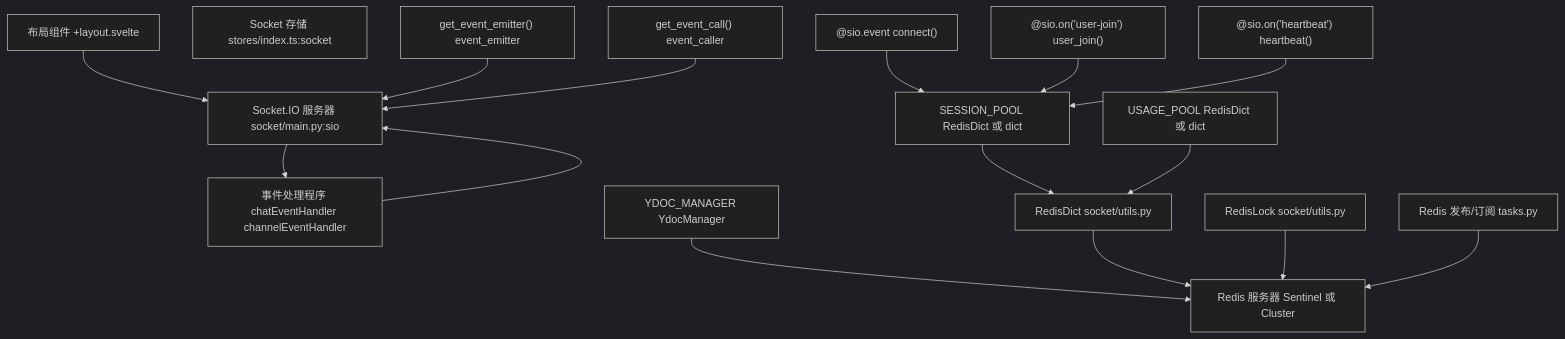
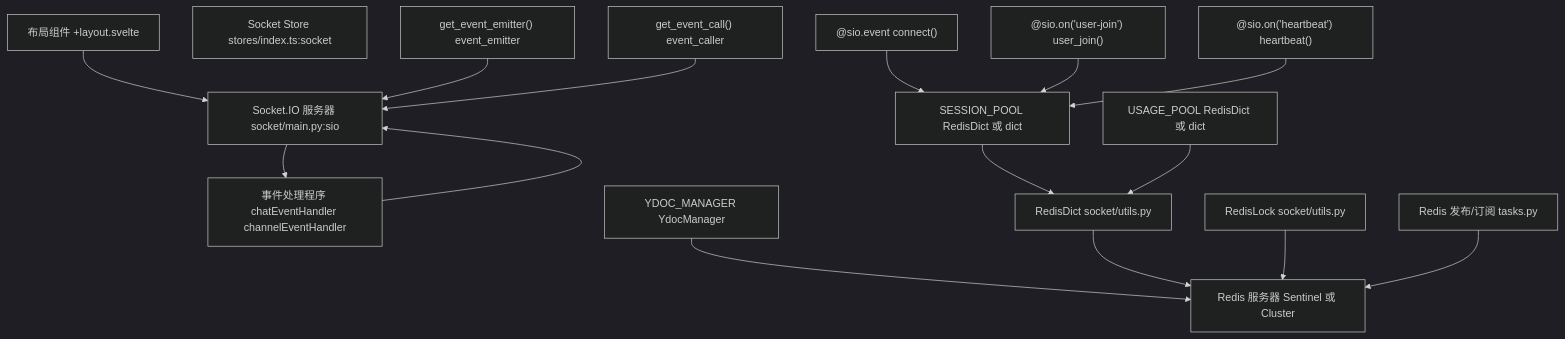
Before and after one commit to Chesszyh/Wiki: the first of 10 diagrams in tests/open-webui_deepwiki/zh/16-real-time-communication.md, drawn with Mermaid (dark theme). The commit also changed other lines of this file and 234 other files, not shown here.

````diff
--- a/tests/open-webui_deepwiki/zh/16-real-time-communication.md
+++ b/tests/open-webui_deepwiki/zh/16-real-time-communication.md
@@ -32,34 +32,34 @@
 ```mermaid
 flowchart TD
     LayoutComponent["布局组件 +layout.svelte"]
-    SocketStore["Socket 存储 stores/index.ts:socket"]
+    SocketStore["Socket Store stores/index.ts:socket"]
     EventHandlers["事件处理程序 chatEventHandler channelEventHandler"]
     SocketIOServer["Socket.IO 服务器 socket/main.py:sio"]
     ConnectHandler["@sio.event connect()"]
     UserJoinHandler["@sio.on('user-join') user_join()"]
     HeartbeatHandler["@sio.on('heartbeat') heartbeat()"]
     EventEmitter["get_event_emitter() event_emitter"]
     EventCaller["get_event_call() event_caller"]
     SessionPool["SESSION_POOL RedisDict 或 dict"]
     UsagePool["USAGE_POOL RedisDict 或 dict"]
     YdocManager["YDOC_MANAGER YdocManager"]
     RedisServer["Redis 服务器 Sentinel 或 Cluster"]
     RedisDict["RedisDict socket/utils.py"]
     RedisLock["RedisLock socket/utils.py"]
     RedisPubSub["Redis 发布/订阅 tasks.py"]
 
     LayoutComponent --> SocketIOServer
     SocketIOServer --> EventHandlers
     EventHandlers --> SocketIOServer
     ConnectHandler --> SessionPool
     UserJoinHandler --> SessionPool
     HeartbeatHandler --> SessionPool
     EventEmitter --> SocketIOServer
     EventCaller --> SocketIOServer
     SessionPool --> RedisDict
     UsagePool --> RedisDict
     YdocManager --> RedisServer
     RedisDict --> RedisServer
     RedisLock --> RedisServer
     RedisPubSub --> RedisServer
 ```
````
